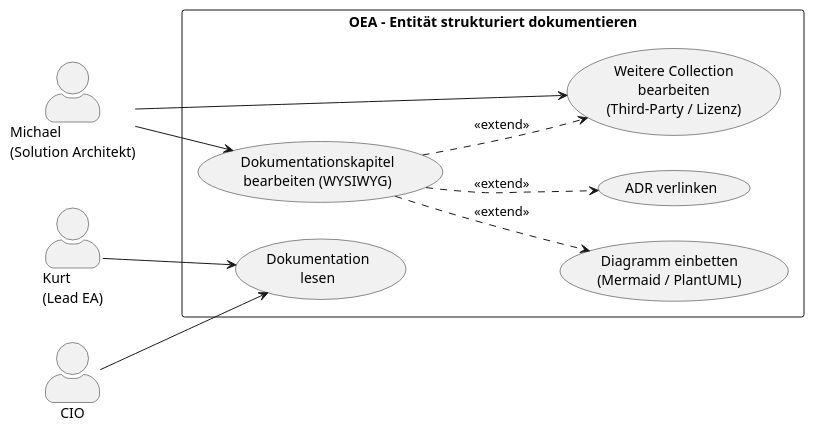
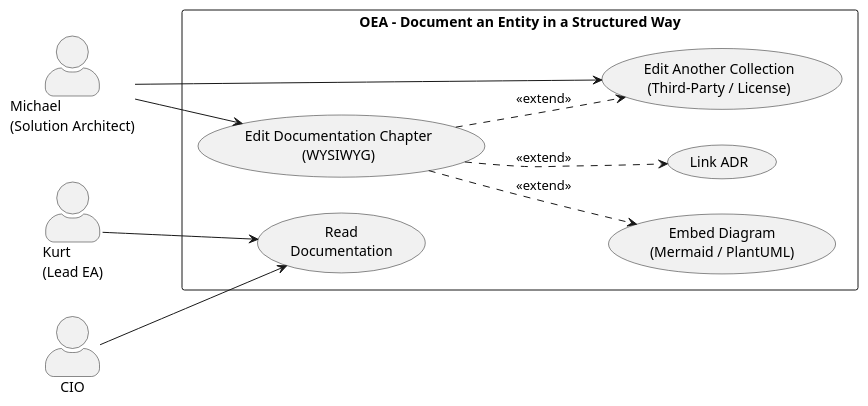
One commit to open-enterprise-architecture/OEA changed the diagram in requirements/use-cases/UC-09-document-solution-architecture-arc42.md. Above: the diagram before and after it, drawn with PlantUML. The commit also changed other lines of this file and 630 other files, not shown here.

````diff
--- a/requirements/use-cases/UC-09-document-solution-architecture-arc42.md
+++ b/requirements/use-cases/UC-09-document-solution-architecture-arc42.md
@@ -26,27 +26,27 @@
 ```plantuml
-@startuml UC-09-Dokumentation
+@startuml UC-09-Documentation
 left to right direction
 skinparam actorStyle awesome
 
-actor "Michael\n(Solution Architekt)" as Michael
+actor "Michael\n(Solution Architect)" as Michael
 actor "Kurt\n(Lead EA)" as Kurt
 actor "CIO" as CIO
 
-rectangle "OEA – Entität strukturiert dokumentieren" {
-  usecase "Dokumentationskapitel\nbearbeiten (WYSIWYG)" as UC_Edit
-  usecase "Diagramm einbetten\n(Mermaid / PlantUML)" as UC_Diag
-  usecase "ADR verlinken" as UC_ADR
-  usecase "Weitere Collection\nbearbeiten\n(Third-Party / Lizenz)" as UC_Coll
-  usecase "Dokumentation\nlesen" as UC_Read
+rectangle "OEA – Document an Entity in a Structured Way" {
+  usecase "Edit Documentation Chapter\n(WYSIWYG)" as UC_Edit
+  usecase "Embed Diagram\n(Mermaid / PlantUML)" as UC_Diag
+  usecase "Link ADR" as UC_ADR
+  usecase "Edit Another Collection\n(Third-Party / License)" as UC_Coll
+  usecase "Read\nDocumentation" as UC_Read
 }
 
 Michael --> UC_Edit
 Michael --> UC_Coll
 Kurt --> UC_Read
 CIO --> UC_Read
 
 UC_Edit ..> UC_Diag : <<extend>>
 UC_Edit ..> UC_ADR : <<extend>>
 UC_Edit ..> UC_Coll : <<extend>>
 @enduml
 ```
````
